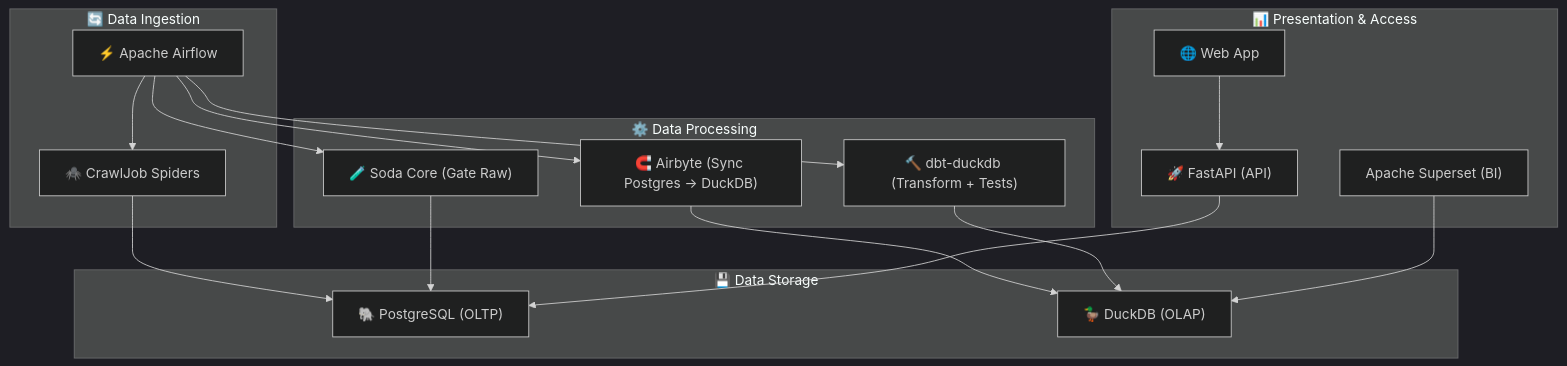
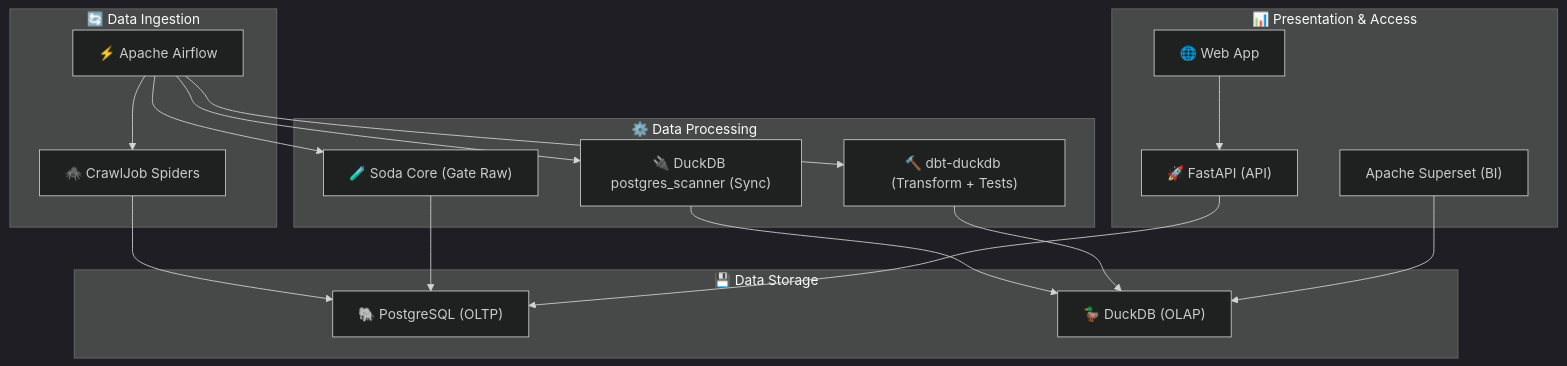
The diagram in README.md (thethien8a/Crawl-Jobs), drawn with Mermaid (dark theme) before and after one commit. The commit also changed other lines of this file and 11 other files, not shown here.

````diff
--- a/README.md
+++ b/README.md
@@ -16,29 +17,29 @@
 ```mermaid
 flowchart TD
     subgraph ingestion["🔄 Data Ingestion"]
         spiders["🕷️ CrawlJob Spiders"]
         airflow["⚡ Apache Airflow"]
     end
     subgraph storage["💾 Data Storage"]
         postgres["🐘 PostgreSQL (OLTP)"]
         duckdb["🦆 DuckDB (OLAP)"]
     end
     subgraph processing["⚙️ Data Processing"]
         soda["🧪 Soda Core (Gate Raw)"]
-        airbyte["🧲 Airbyte (Sync Postgres → DuckDB)"]
+        scanner["🔌 DuckDB postgres_scanner (Sync)"]
         dbt["🔨 dbt-duckdb (Transform + Tests)"]
     end
     subgraph presentation["📊 Presentation & Access"]
         superset["Apache Superset (BI)"]
         fastapi["🚀 FastAPI (API)"]
         webapp["🌐 Web App"]
     end
     airflow --> spiders --> postgres
     airflow --> soda --> postgres
-    airflow --> airbyte --> duckdb
+    airflow --> scanner --> duckdb
     airflow --> dbt
     dbt --> duckdb
     fastapi --> postgres
     webapp --> fastapi
     superset --> duckdb
 ```
````
